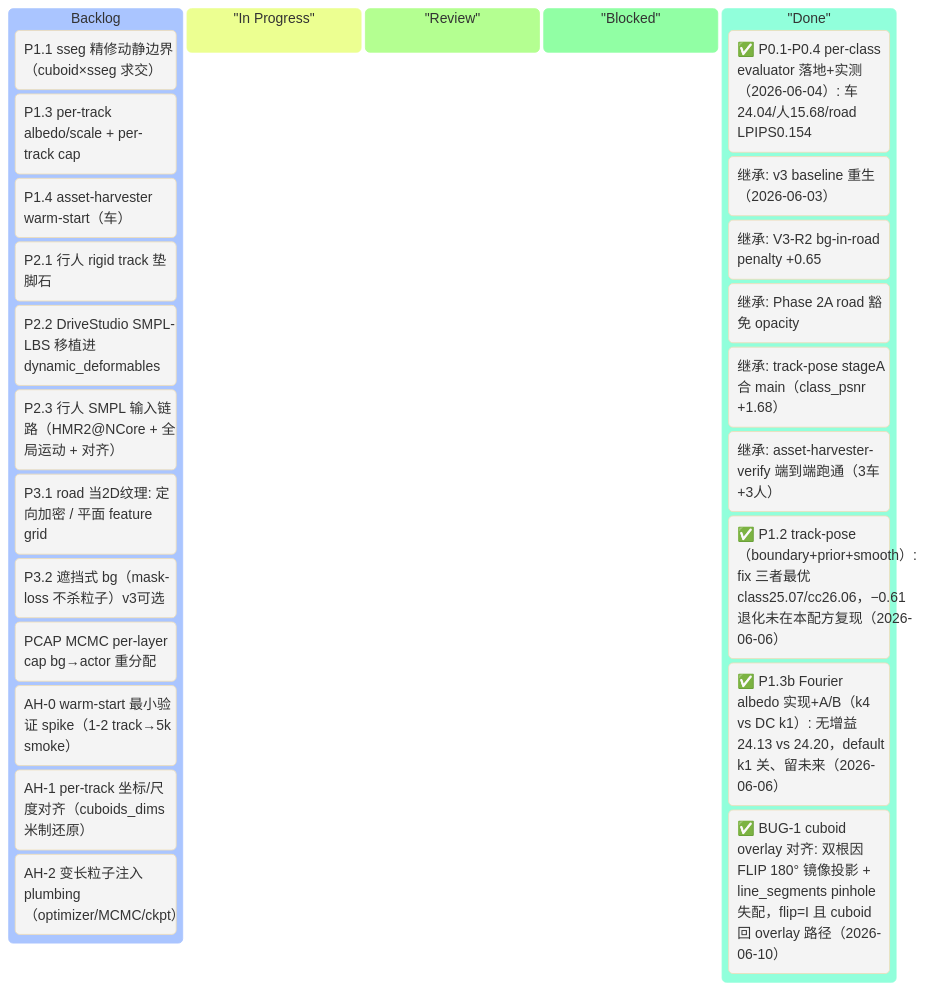
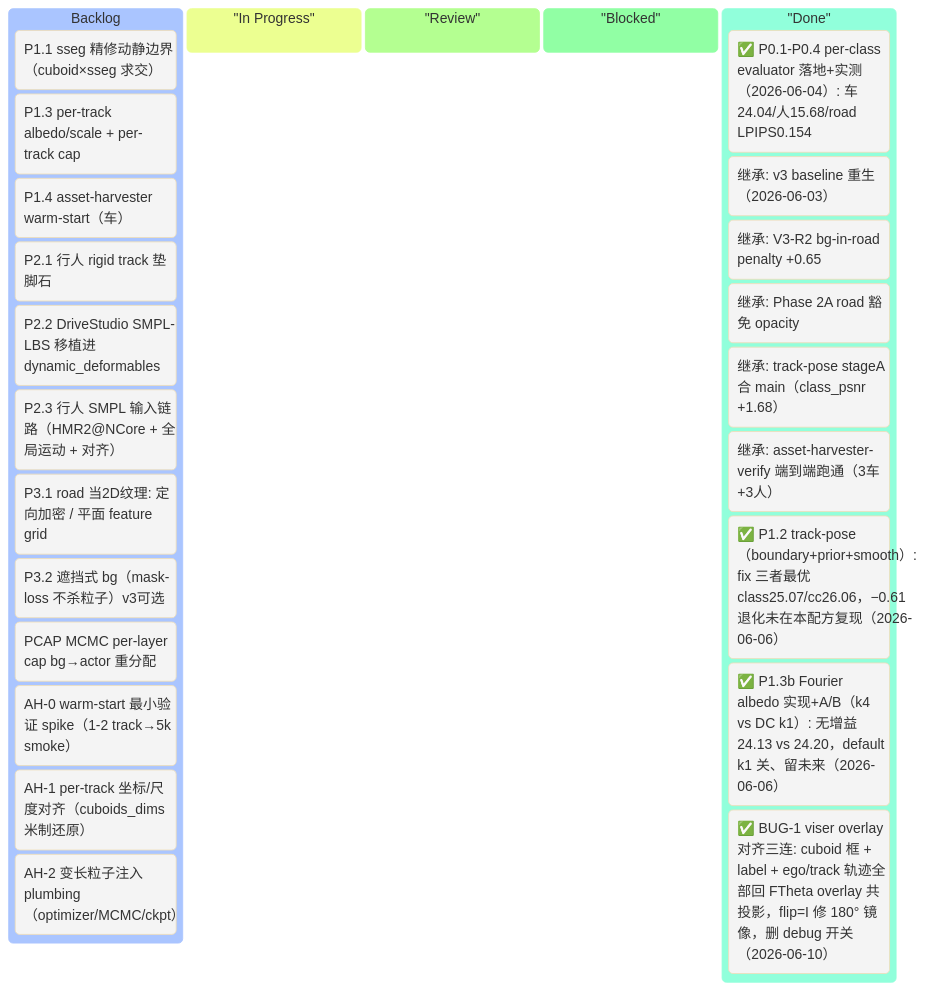
Before and after one commit to etendue/3dgrut: the first of 2 diagrams in v3_plan_revised.md, drawn with Mermaid. The commit also changed other lines of this file, not shown here.

Commit message:
docs(plan): BUG-1 看板补全 1b/1c commit hashes + kanban 卡片更新为三连修复
docs(plan): § 1.2 BUG-1 行补 e6fccb1（label）+ fbb45cd（trajectories/UI 收口）

````diff
--- a/v3_plan_revised.md
+++ b/v3_plan_revised.md
@@ -67,34 +67,34 @@
 ```mermaid
 %%{init: {'theme':'base'}}%%
 kanban
     Backlog
         [P1.1 sseg 精修动静边界（cuboid×sseg 求交）]
         [P1.3 per-track albedo/scale + per-track cap]
         [P1.4 asset-harvester warm-start（车）]
         [P2.1 行人 rigid track 垫脚石]
         [P2.2 DriveStudio SMPL-LBS 移植进 dynamic_deformables]
         [P2.3 行人 SMPL 输入链路（HMR2@NCore + 全局运动 + 对齐）]
         [P3.1 road 当2D纹理: 定向加密 / 平面 feature grid]
         [P3.2 遮挡式 bg（mask-loss 不杀粒子）v3可选]
         [PCAP MCMC per-layer cap bg→actor 重分配]
         [AH-0 warm-start 最小验证 spike（1-2 track→5k smoke）]
         [AH-1 per-track 坐标/尺度对齐（cuboids_dims 米制还原）]
         [AH-2 变长粒子注入 plumbing（optimizer/MCMC/ckpt）]
 
     "In Progress"
 
     "Review"
 
     "Blocked"
 
     "Done"
         [✅ P0.1-P0.4 per-class evaluator 落地+实测（2026-06-04）: 车24.04/人15.68/road LPIPS0.154]
         [继承: v3 baseline 重生（2026-06-03）]
         [继承: V3-R2 bg-in-road penalty +0.65]
         [继承: Phase 2A road 豁免 opacity]
         [继承: track-pose stageA 合 main（class_psnr +1.68）]
         [继承: asset-harvester-verify 端到端跑通（3车+3人）]
         [✅ P1.2 track-pose（boundary+prior+smooth）: fix 三者最优 class25.07/cc26.06，−0.61 退化未在本配方复现（2026-06-06）]
         [✅ P1.3b Fourier albedo 实现+A/B（k4 vs DC k1）: 无增益 24.13 vs 24.20，default k1 关、留未来（2026-06-06）]
-        [✅ BUG-1 cuboid overlay 对齐: 双根因 FLIP 180° 镜像投影 + line_segments pinhole 失配，flip=I 且 cuboid 回 overlay 路径（2026-06-10）]
+        [✅ BUG-1 viser overlay 对齐三连: cuboid 框 + label + ego/track 轨迹全部回 FTheta overlay 共投影，flip=I 修 180° 镜像，删 debug 开关（2026-06-10）]
 ```
````
